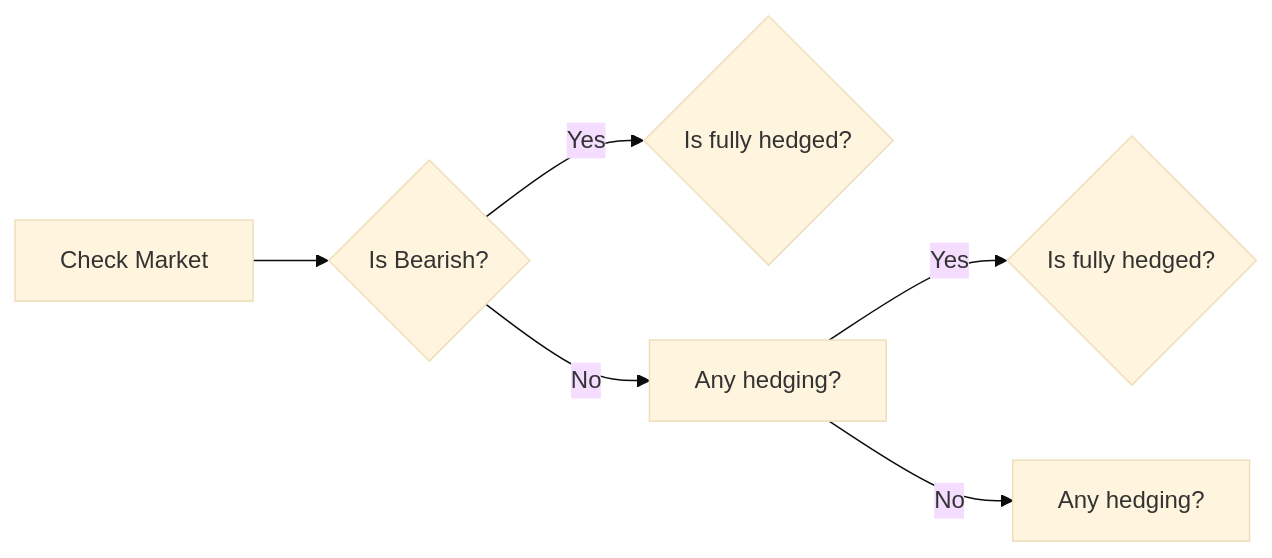
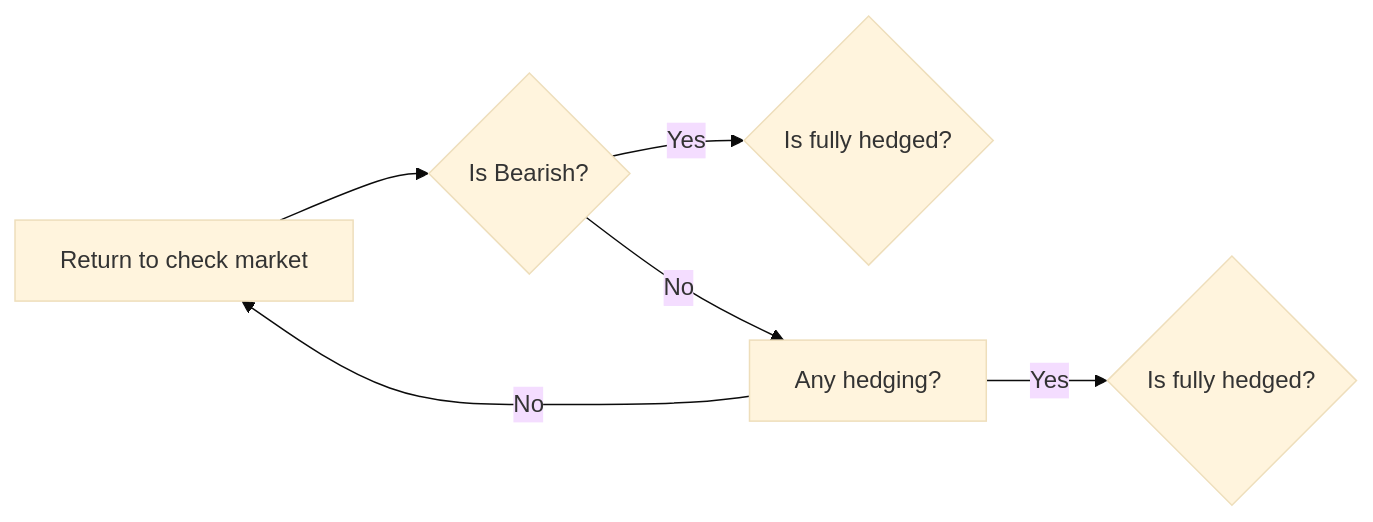
One commit to venoajie/MyApp changed the first of 2 diagrams in strategy_analysis.md. Above: the diagram before and after it, drawn with Mermaid (base theme).

````diff
--- a/strategy_analysis.md
+++ b/strategy_analysis.md
@@ -14,9 +14,9 @@
 ```mermaid
 flowchart LR
 
 A[Check Market] --> B{Is Bearish?}
 B -->|Yes| C{Is fully hedged?}
 B -->|No| D[Any hedging?]
 D -->|Yes| E{Is fully hedged?}
-D -->|No| F[Any hedging?]
+D -->|No| A[Return to check market]
 ```
````
